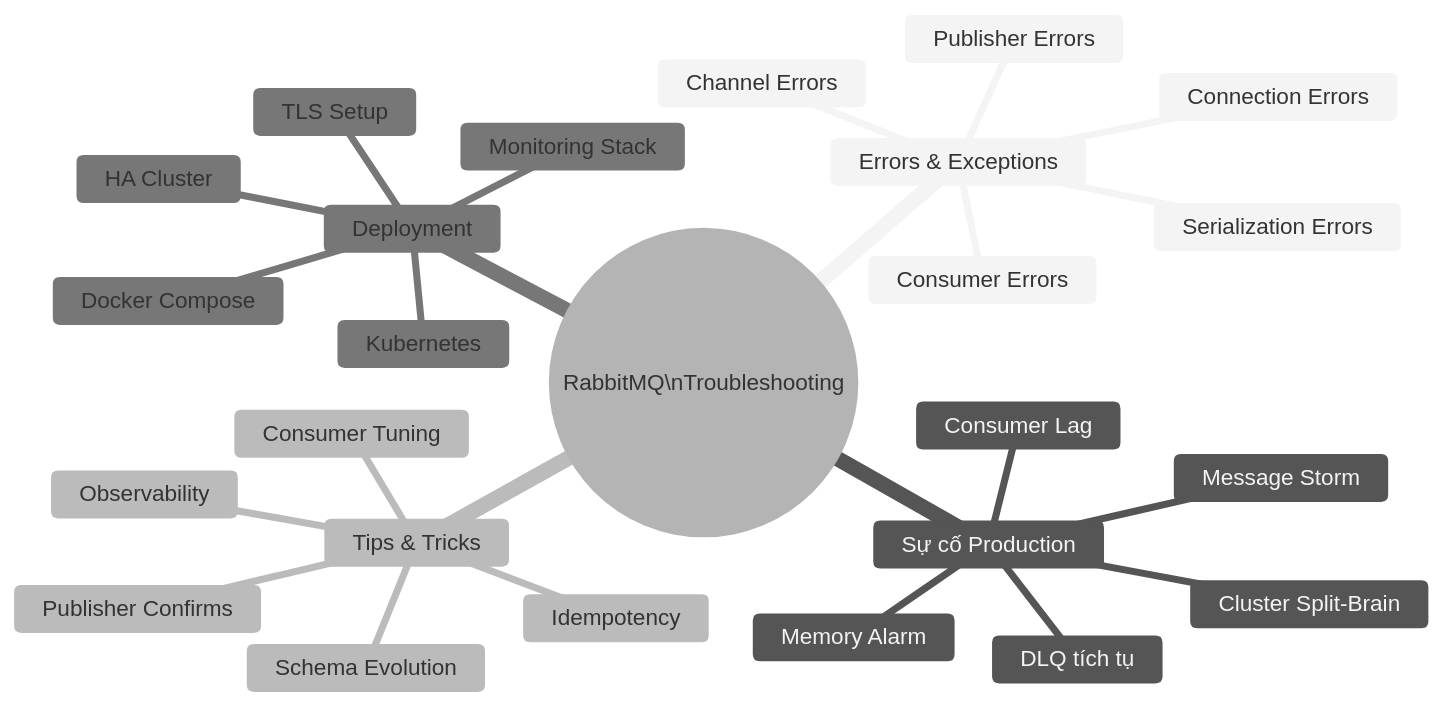
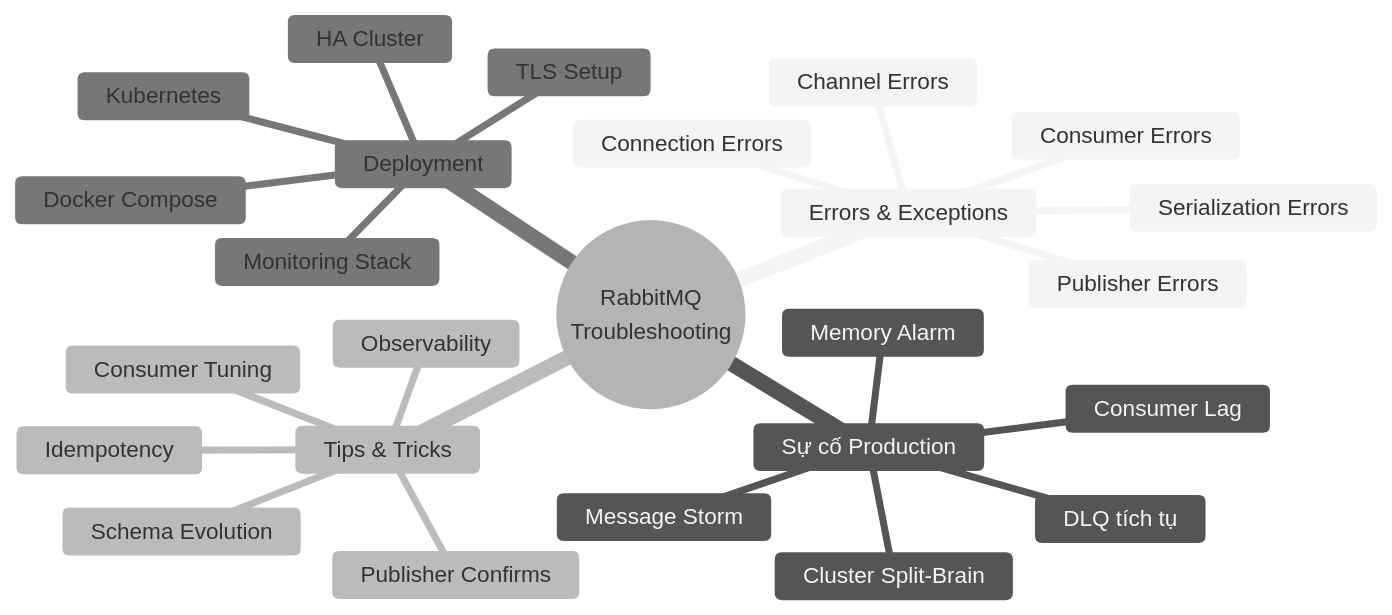
Before and after one commit to dangthobach/dangthobach.github.io: the first of 14 diagrams in quartz/content/Microservices-Patterns/RabbitMQ-Troubleshooting-and-Tips.md, drawn with Mermaid (neutral theme). The commit also changed other lines of this file and 114 other files, not shown here.

````diff
--- a/quartz/content/Microservices-Patterns/RabbitMQ-Troubleshooting-and-Tips.md
+++ b/quartz/content/Microservices-Patterns/RabbitMQ-Troubleshooting-and-Tips.md
@@ -9,28 +9,28 @@
 ```mermaid
 mindmap
-  root((RabbitMQ\nTroubleshooting))
+  root((RabbitMQ<br/>Troubleshooting))
     Errors & Exceptions
       Connection Errors
       Channel Errors
       Publisher Errors
       Consumer Errors
       Serialization Errors
     Sự cố Production
       Memory Alarm
       DLQ tích tụ
       Message Storm
       Consumer Lag
       Cluster Split-Brain
     Tips & Tricks
       Publisher Confirms
       Consumer Tuning
       Schema Evolution
       Idempotency
       Observability
     Deployment
       Docker Compose
       Kubernetes
       HA Cluster
       TLS Setup
       Monitoring Stack
 ```
````
